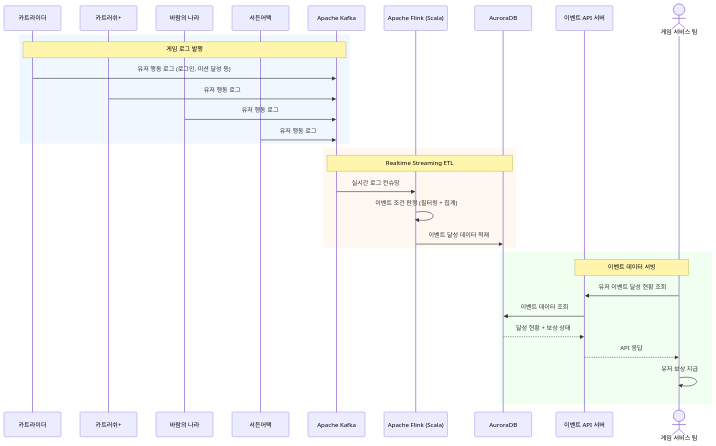
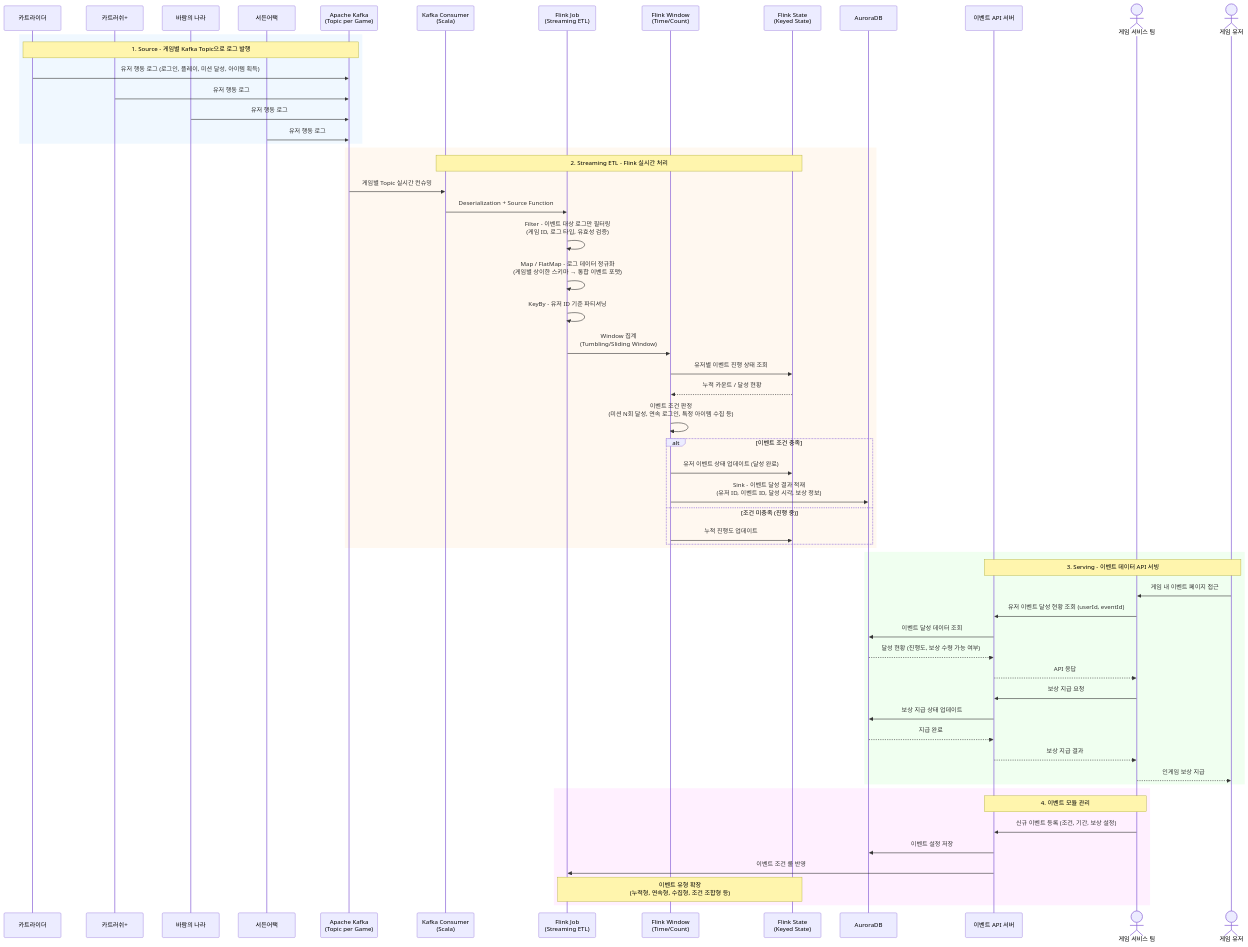
Before and after one commit to geunwoobaek/resume: the first of 2 diagrams in detail/넥슨코리아_상세.md, drawn with Mermaid. The commit also changed other lines of this file and 3 other files, not shown here.

First line of the commit message:
Enhance Nexon Flink streaming ETL sequence diagram

````diff
--- a/detail/넥슨코리아_상세.md
+++ b/detail/넥슨코리아_상세.md
@@ -73,36 +73,69 @@
 ```mermaid
 sequenceDiagram
     participant KR as 카트라이더
     participant KR2 as 카트러쉬+
     participant WN as 바람의 나라
     participant SA as 서든어택
-    participant Kafka as Apache Kafka
-    participant Flink as Apache Flink (Scala)
+    participant Kafka as Apache Kafka<br/>(Topic per Game)
+    participant Consumer as Kafka Consumer<br/>(Scala)
+    participant Flink as Flink Job<br/>(Streaming ETL)
+    participant Window as Flink Window<br/>(Time/Count)
+    participant State as Flink State<br/>(Keyed State)
     participant DB as AuroraDB
     participant API as 이벤트 API 서버
     actor Team as 게임 서비스 팀
+    actor User as 게임 유저
 
     rect rgb(240, 248, 255)
-        Note over KR,Kafka: 게임 로그 발행
-        KR->>Kafka: 유저 행동 로그 (로그인, 미션 달성 등)
+        Note over KR,Kafka: 1. Source - 게임별 Kafka Topic으로 로그 발행
+        KR->>Kafka: 유저 행동 로그 (로그인, 플레이, 미션 달성, 아이템 획득)
         KR2->>Kafka: 유저 행동 로그
         WN->>Kafka: 유저 행동 로그
         SA->>Kafka: 유저 행동 로그
     end
 
     rect rgb(255, 248, 240)
-        Note over Kafka,DB: Realtime Streaming ETL
-        Kafka->>Flink: 실시간 로그 컨슈밍
-        Flink->>Flink: 이벤트 조건 판정 (필터링 + 집계)
-        Flink->>DB: 이벤트 달성 데이터 적재
+        Note over Consumer,State: 2. Streaming ETL - Flink 실시간 처리
+        Kafka->>Consumer: 게임별 Topic 실시간 컨슈밍
+        Consumer->>Flink: Deserialization + Source Function
+
+        Flink->>Flink: Filter - 이벤트 대상 로그만 필터링<br/>(게임 ID, 로그 타입, 유효성 검증)
+        Flink->>Flink: Map / FlatMap - 로그 데이터 정규화<br/>(게임별 상이한 스키마 → 통합 이벤트 포맷)
+        Flink->>Flink: KeyBy - 유저 ID 기준 파티셔닝
+
+        Flink->>Window: Window 집계<br/>(Tumbling/Sliding Window)
+        Window->>State: 유저별 이벤트 진행 상태 조회
+        State-->>Window: 누적 카운트 / 달성 현황
+        Window->>Window: 이벤트 조건 판정<br/>(미션 N회 달성, 연속 로그인, 특정 아이템 수집 등)
+
+        alt 이벤트 조건 충족
+            Window->>State: 유저 이벤트 상태 업데이트 (달성 완료)
+            Window->>DB: Sink - 이벤트 달성 결과 적재<br/>(유저 ID, 이벤트 ID, 달성 시각, 보상 정보)
+        else 조건 미충족 (진행 중)
+            Window->>State: 누적 진행도 업데이트
+        end
     end
 
     rect rgb(240, 255, 240)
-        Note over API,Team: 이벤트 데이터 서빙
-        Team->>API: 유저 이벤트 달성 현황 조회
-        API->>DB: 이벤트 데이터 조회
-        DB-->>API: 달성 현황 + 보상 상태
+        Note over API,User: 3. Serving - 이벤트 데이터 API 서빙
+        User->>Team: 게임 내 이벤트 페이지 접근
+        Team->>API: 유저 이벤트 달성 현황 조회 (userId, eventId)
+        API->>DB: 이벤트 달성 데이터 조회
+        DB-->>API: 달성 현황 (진행도, 보상 수령 가능 여부)
         API-->>Team: API 응답
-        Team->>Team: 유저 보상 지급
+
+        Team->>API: 보상 지급 요청
+        API->>DB: 보상 지급 상태 업데이트
+        DB-->>API: 지급 완료
+        API-->>Team: 보상 지급 결과
+        Team-->>User: 인게임 보상 지급
+    end
+
+    rect rgb(255, 240, 255)
+        Note over Team,API: 4. 이벤트 모듈 관리
+        Team->>API: 신규 이벤트 등록 (조건, 기간, 보상 설정)
+        API->>DB: 이벤트 설정 저장
+        API->>Flink: 이벤트 조건 룰 반영
+        Note over Flink,State: 이벤트 유형 확장<br/>(누적형, 연속형, 수집형, 조건 조합형 등)
     end
 ```
````
